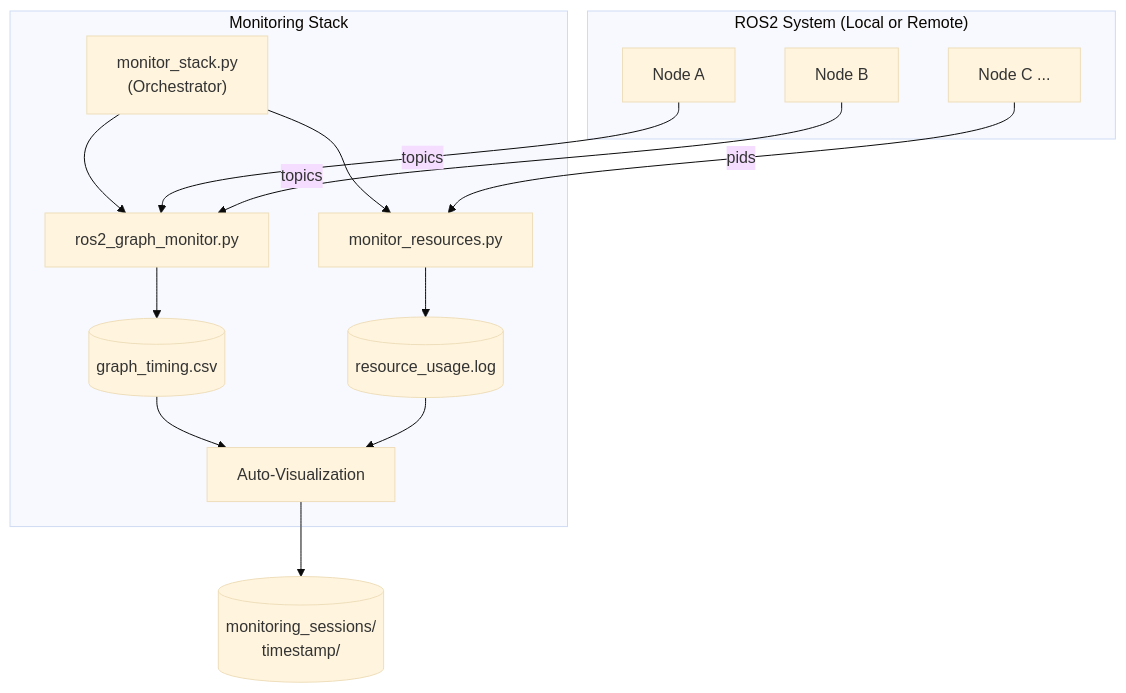
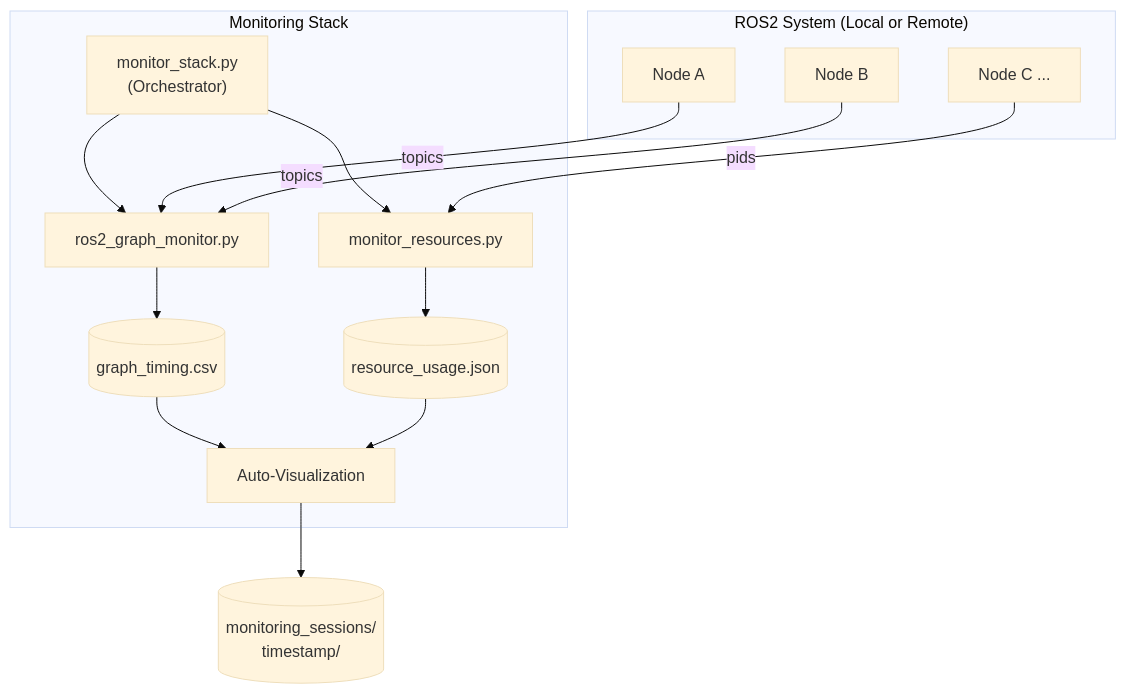
The first of 4 diagrams in components/ros-kpi/docs/ARCHITECTURE.md (jouillet/robotics-ai-suite), drawn with Mermaid (base theme) before and after one commit. The commit also changed other lines of this file and 98 other files, not shown here.

````diff
--- a/components/ros-kpi/docs/ARCHITECTURE.md
+++ b/components/ros-kpi/docs/ARCHITECTURE.md
@@ -13,31 +13,31 @@
 ```mermaid
 flowchart TD
     subgraph ROS["ROS2 System (Local or Remote)"]
         NA[Node A]
         NB[Node B]
         NC[Node C ...]
     end
 
     subgraph Stack["Monitoring Stack"]
         ORCH["monitor_stack.py\n(Orchestrator)"]
         GRAPH["ros2_graph_monitor.py"]
         RES["monitor_resources.py"]
         CSV[(graph_timing.csv)]
-        LOG[(resource_usage.log)]
+        LOG[(resource_usage.json)]
         VIZ["Auto-Visualization"]
 
         ORCH --> GRAPH
         ORCH --> RES
         GRAPH --> CSV
         RES --> LOG
         CSV --> VIZ
         LOG --> VIZ
     end
 
     OUT[("monitoring_sessions/\ntimestamp/")]
 
     NA -- topics --> GRAPH
     NB -- topics --> GRAPH
     NC -- pids --> RES
     VIZ --> OUT
 ```
````
